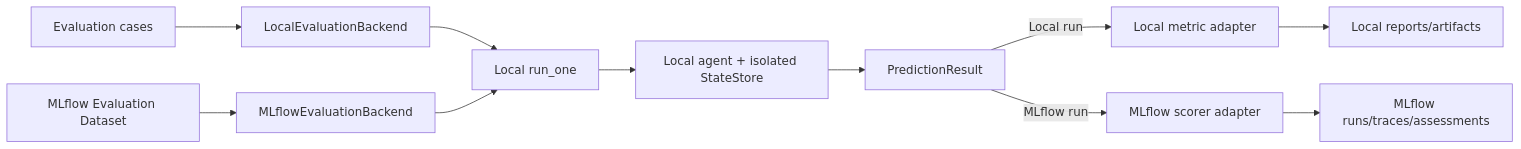
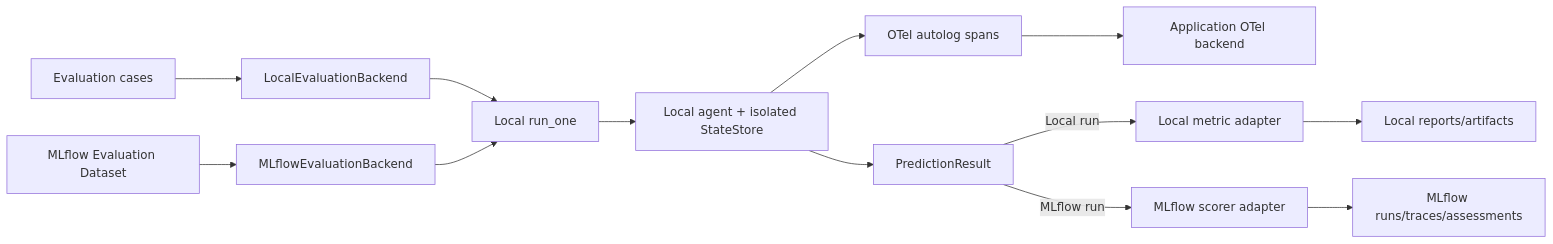
Before and after one commit to GMartin-dev/penguiflow: the diagram in docs/proposals/DUAL_LOCAL_MLFLOW_EVALUATION_BACKENDS.md, drawn with Mermaid. The commit also changed other lines of this file and 2 other files, not shown here.

````diff
--- a/docs/proposals/DUAL_LOCAL_MLFLOW_EVALUATION_BACKENDS.md
+++ b/docs/proposals/DUAL_LOCAL_MLFLOW_EVALUATION_BACKENDS.md
@@ -519,17 +639,20 @@
 ```mermaid
 graph LR
+    A[Agent runtime] --> O[OTel autolog spans]
+    O --> T[Application OTel backend]
+
     C[Evaluation cases] --> L[LocalEvaluationBackend]
     D[MLflow Evaluation Dataset] --> M[MLflowEvaluationBackend]
 
     L --> P[Local run_one]
     M --> P
 
     P --> A[Local agent + isolated StateStore]
     A --> R[PredictionResult]
 
     R -->|Local run| LM[Local metric adapter]
     R -->|MLflow run| MS[MLflow scorer adapter]
 
     LM --> LR[Local reports/artifacts]
     MS --> MR[MLflow runs/traces/assessments]
 ```
````
